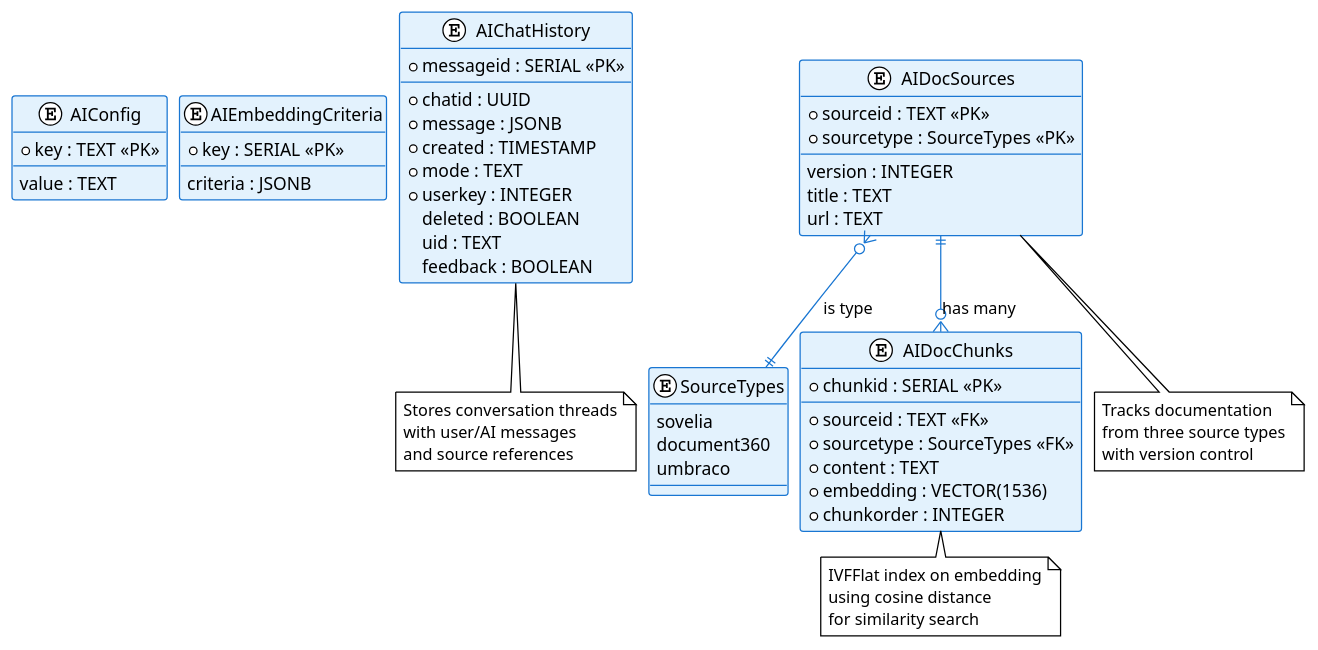
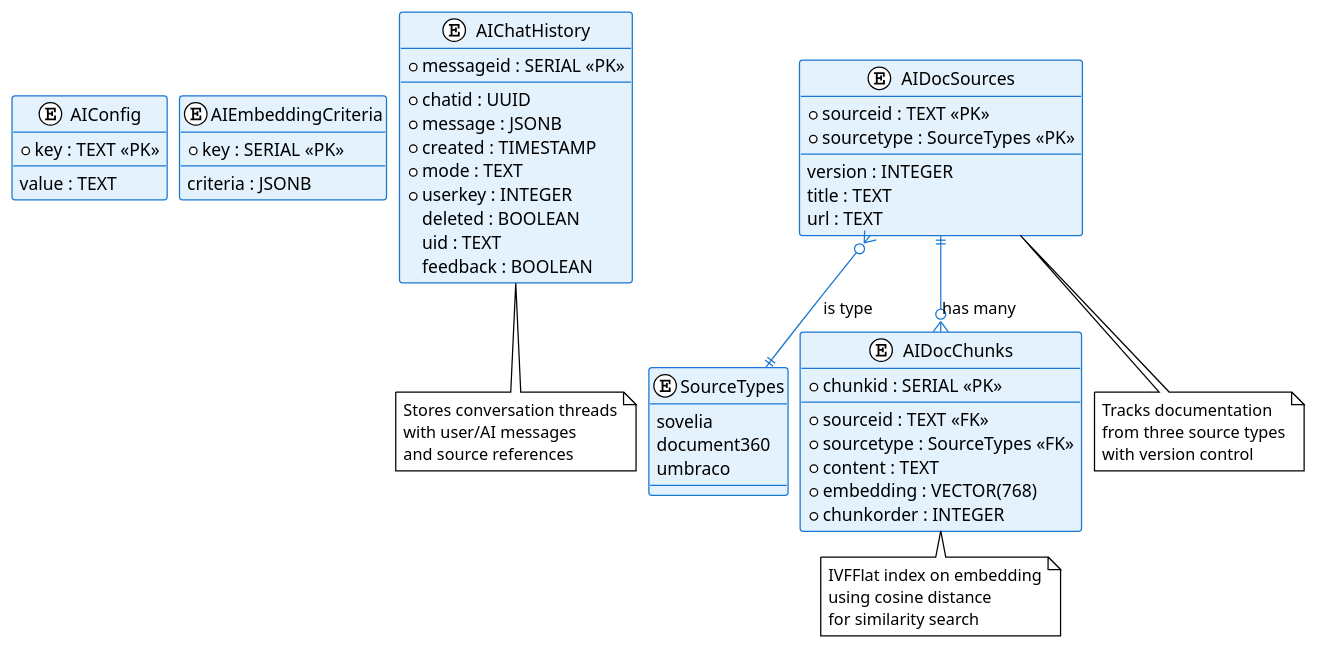
One commit to 3liasP/msc-thesis changed the diagram in diagrams/database-schema.pu. Above: the diagram before and after it, drawn with PlantUML. The commit also changed 4 other files, not shown here.

```diff
--- a/diagrams/database-schema.pu
+++ b/diagrams/database-schema.pu
@@ -1,83 +1,83 @@
 @startuml
 !theme plain
 
 skinparam class {
     BackgroundColor #E3F2FD
     BorderColor #1976D2
     ArrowColor #1976D2
 }
 skinparam nodesep 10
 skinparam ranksep 20
 
 entity "AIConfig" as config {
     * key : TEXT <<PK>>
     --
     value : TEXT
 }
 
 entity "AIEmbeddingCriteria" as criteria {
     * key : SERIAL <<PK>>
     --
     criteria : JSONB
 }
 
 entity "AIChatHistory" as history {
     * messageid : SERIAL <<PK>>
     --
     * chatid : UUID
     * message : JSONB
     * created : TIMESTAMP
     * mode : TEXT
     * userkey : INTEGER
     deleted : BOOLEAN
     uid : TEXT
     feedback : BOOLEAN
 }
 
 enum "SourceTypes" as sourcetypes {
     sovelia
     document360
     umbraco
 }
 
 entity "AIDocSources" as sources {
     * sourceid : TEXT <<PK>>
     * sourcetype : SourceTypes <<PK>>
     --
     version : INTEGER
     title : TEXT
     url : TEXT
 }
 
 entity "AIDocChunks" as chunks {
     * chunkid : SERIAL <<PK>>
     --
     * sourceid : TEXT <<FK>>
     * sourcetype : SourceTypes <<FK>>
     * content : TEXT
-    * embedding : VECTOR(1536)
+    * embedding : VECTOR(768)
     * chunkorder : INTEGER
 }
 
 sources ||--o{ chunks : "has many"
 sources }o--|| sourcetypes : "is type"
 
 note bottom of chunks
     IVFFlat index on embedding
     using cosine distance
     for similarity search
 end note
 
 note bottom of history
     Stores conversation threads
     with user/AI messages
     and source references
 end note
 
 note bottom of sources
     Tracks documentation
     from three source types
     with version control
 end note
 
 @enduml
```
